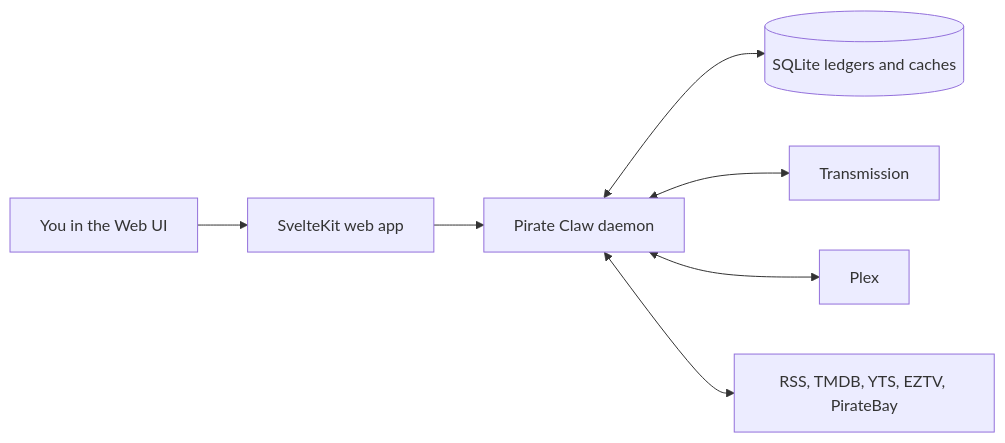
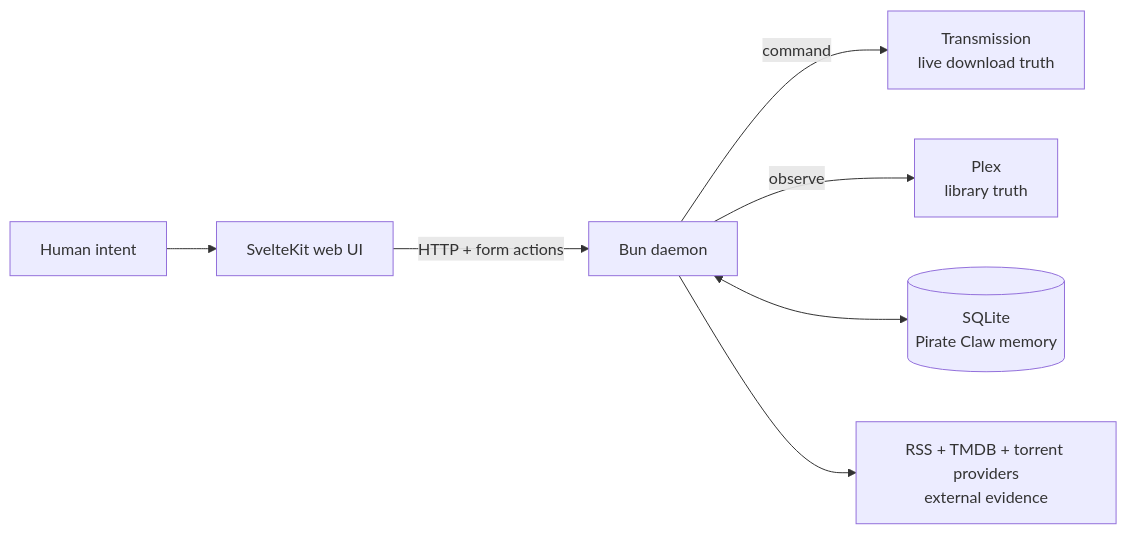
One commit to cesarnml/pirate-claw-for-dummies changed the diagram in src/content/docs/index.md. Above: the diagram before and after it, drawn with Mermaid. The commit also changed other lines of this file and 111 other files, not shown here.

Commit message:
docs: rewrite Pirate Claw architecture guide

````diff
--- a/src/content/docs/index.md
+++ b/src/content/docs/index.md
@@ -18,9 +20,9 @@
 ```mermaid
 flowchart LR
-  U[You in the Web UI] --> W[SvelteKit web app]
-  W --> D[Pirate Claw daemon]
-  D <--> DB[(SQLite ledgers and caches)]
-  D <--> T[Transmission]
-  D <--> P[Plex]
-  D <--> X[RSS, TMDB, YTS, EZTV, PirateBay]
+  U[Human intent] --> W[SvelteKit web UI]
+  W -->|HTTP + form actions| D[Bun daemon]
+  D -->|command| T[Transmission<br/>live download truth]
+  D -->|observe| P[Plex<br/>library truth]
+  D <--> DB[(SQLite<br/>Pirate Claw memory)]
+  D --> X[RSS + TMDB + torrent providers<br/>external evidence]
 ```
````
